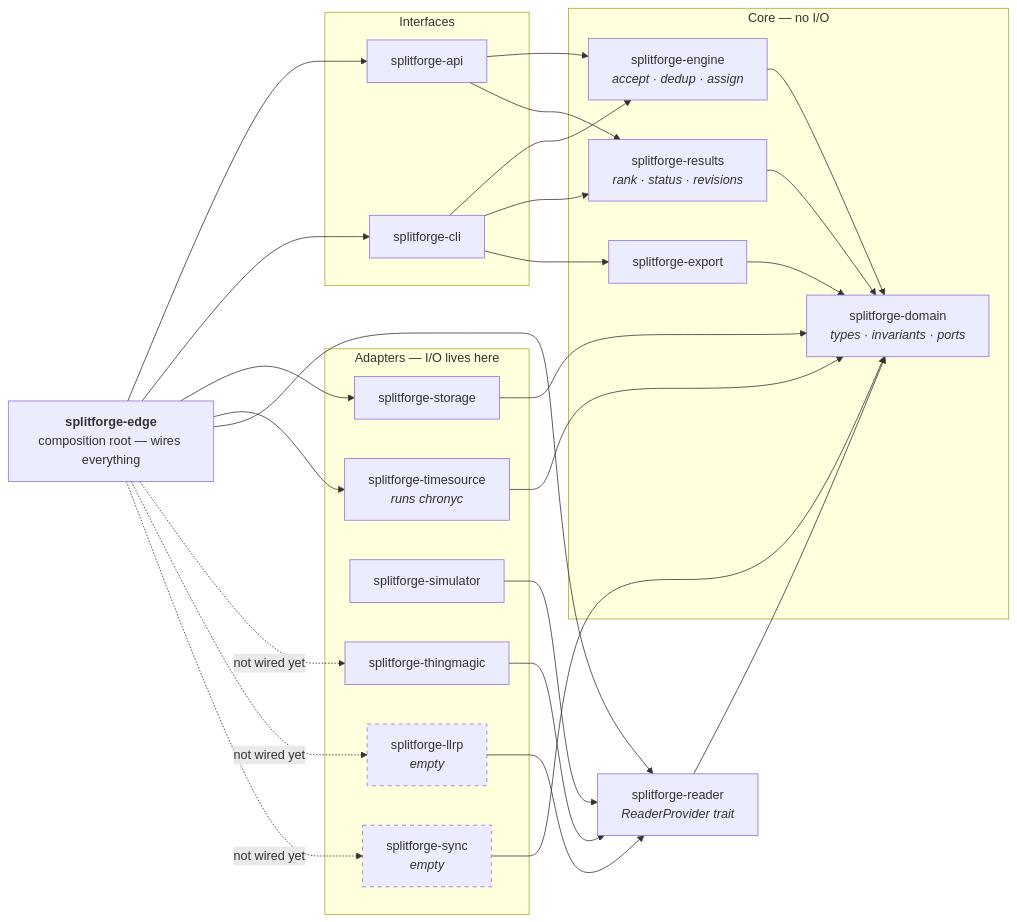
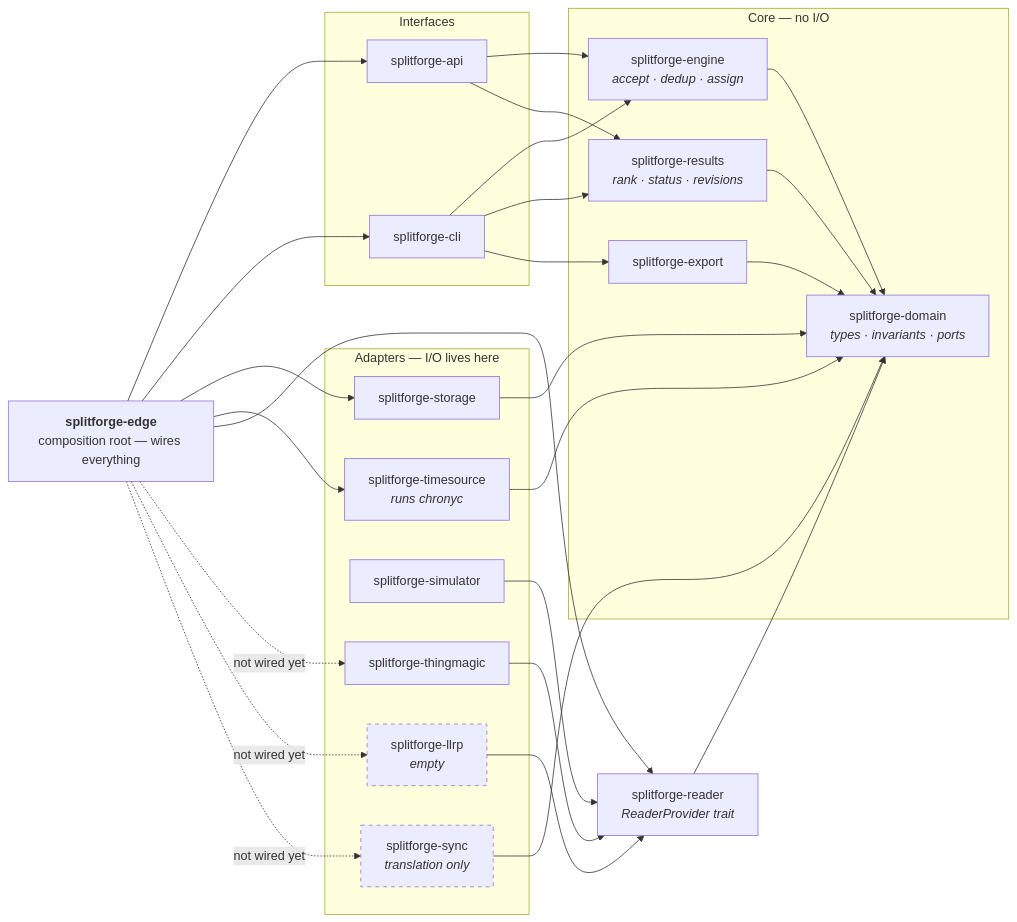
One commit to truppelli/splitforge changed the second of 3 diagrams in docs/architecture.md. Above: the diagram before and after it, drawn with Mermaid. The commit also changed other lines of this file and 12 other files, not shown here.

````diff
--- a/docs/architecture.md
+++ b/docs/architecture.md
@@ -55,54 +56,54 @@
 ```mermaid
 flowchart LR
   subgraph adapters["Adapters — I/O lives here"]
     llrp["splitforge-llrp<br/><i>empty</i>"]
     tm["splitforge-thingmagic"]
     sim["splitforge-simulator"]
     store["splitforge-storage"]
     time["splitforge-timesource<br/><i>runs chronyc</i>"]
-    sync["splitforge-sync<br/><i>empty</i>"]
+    sync["splitforge-sync<br/><i>translation only</i>"]
   end
 
   subgraph core["Core — no I/O"]
     domain["splitforge-domain<br/><i>types · invariants · ports</i>"]
     engine["splitforge-engine<br/><i>accept · dedup · assign</i>"]
     results["splitforge-results<br/><i>rank · status · revisions</i>"]
     export["splitforge-export"]
   end
 
   subgraph edges["Interfaces"]
     api["splitforge-api"]
     cli["splitforge-cli"]
   end
 
   reader["splitforge-reader<br/><i>ReaderProvider trait</i>"]
 
   llrp --> reader
   tm --> reader
   sim --> reader
   reader --> domain
   engine --> domain
   results --> domain
   export --> domain
   store --> domain
   time --> domain
   sync --> domain
   api --> engine
   api --> results
   cli --> engine
   cli --> results
   cli --> export
 
   edge["<b>splitforge-edge</b><br/>composition root — wires everything"]
   edge --> api
   edge --> cli
   edge --> store
   edge --> time
   edge --> reader
   edge -. "not wired yet" .-> tm
   edge -. "not wired yet" .-> llrp
   edge -. "not wired yet" .-> sync
 
   classDef hollow stroke-dasharray: 5 5
   class llrp,sync hollow
 ```
````
